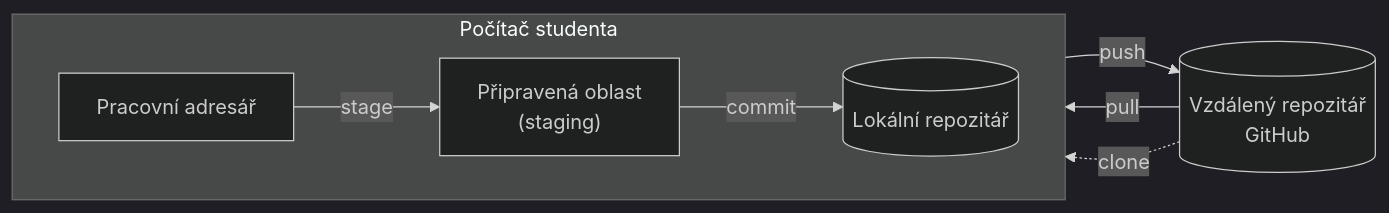
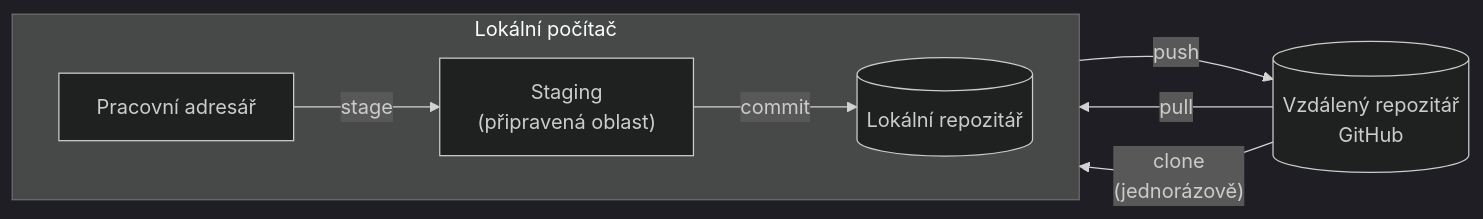
Before and after one commit to BPC-UIM/doplnkove-materialy: the first of 2 diagrams in 00-git/git-github-pripomenuti.md, drawn with Mermaid (dark theme). The commit also changed other lines of this file and 4 other files, not shown here.

````diff
--- a/00-git/git-github-pripomenuti.md
+++ b/00-git/git-github-pripomenuti.md
@@ -41,16 +41,16 @@
 ```mermaid
 flowchart LR
-    subgraph PC["Počítač studenta"]
+    subgraph PC["Lokální počítač"]
         direction LR
         WD["Pracovní adresář"]
-        ST["Připravená oblast<br/>(staging)"]
+        ST["Staging<br/>(připravená oblast)"]
         LOC[("Lokální repozitář")]
     end
     REM[("Vzdálený repozitář<br/>GitHub")]
 
     WD -- "stage" --> ST
     ST -- "commit" --> LOC
     LOC -- "push" --> REM
     REM -- "pull" --> LOC
-    REM -. "clone" .-> LOC
+    REM -- "clone<br/>(jednorázově)" --> LOC
 ```
````
